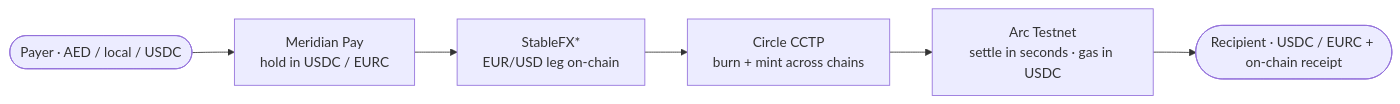
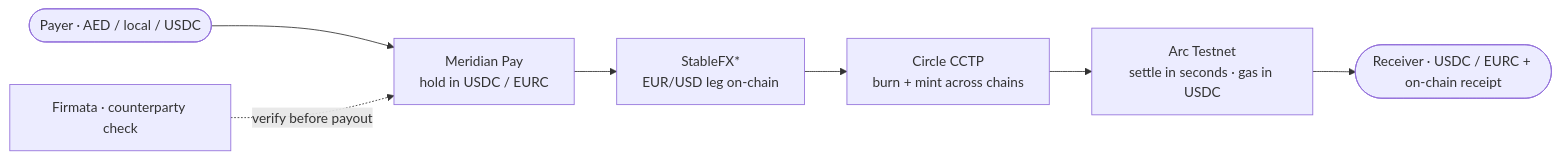
The diagram in track-1-crossborder/README.md (MeridianFinance/meridian-ignyte), drawn with Mermaid before and after one commit. The commit also changed other lines of this file and 3 other files, not shown here.

Commit message:
Beef up track READMEs: full problem, mechanics, Circle integration, moat, roadmap

````diff
--- a/track-1-crossborder/README.md
+++ b/track-1-crossborder/README.md
@@ -34,8 +36,9 @@
 ```mermaid
 flowchart LR
     IN(["Payer · AED / local / USDC"]) --> PAY["Meridian Pay<br/>hold in USDC / EURC"]
     PAY --> FX["StableFX*<br/>EUR/USD leg on-chain"]
     FX --> CCTP["Circle CCTP<br/>burn + mint across chains"]
     CCTP --> ARC["Arc Testnet<br/>settle in seconds · gas in USDC"]
-    ARC --> OUT(["Recipient · USDC / EURC + on-chain receipt"])
+    ARC --> OUT(["Receiver · USDC / EURC + on-chain receipt"])
+    KYA["Firmata · counterparty check"] -. "verify before payout" .-> PAY
 ```
````
